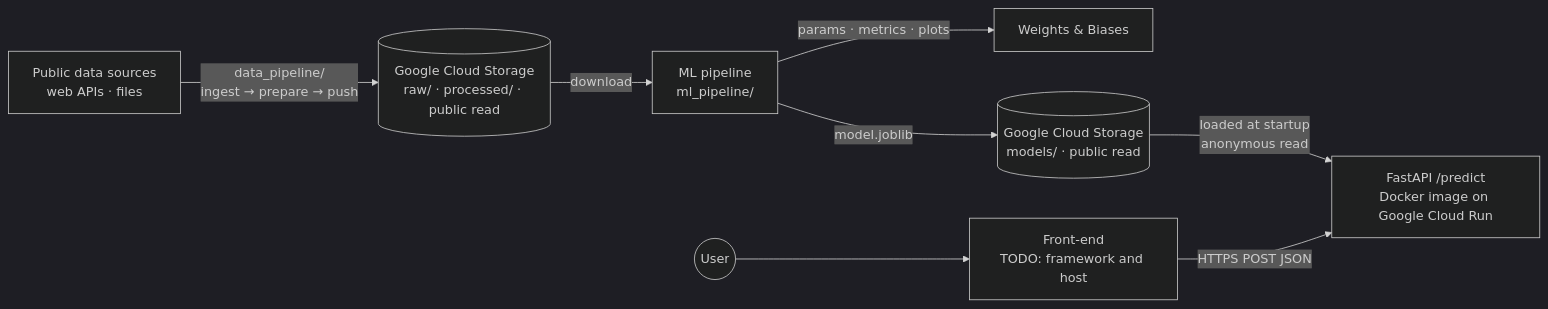
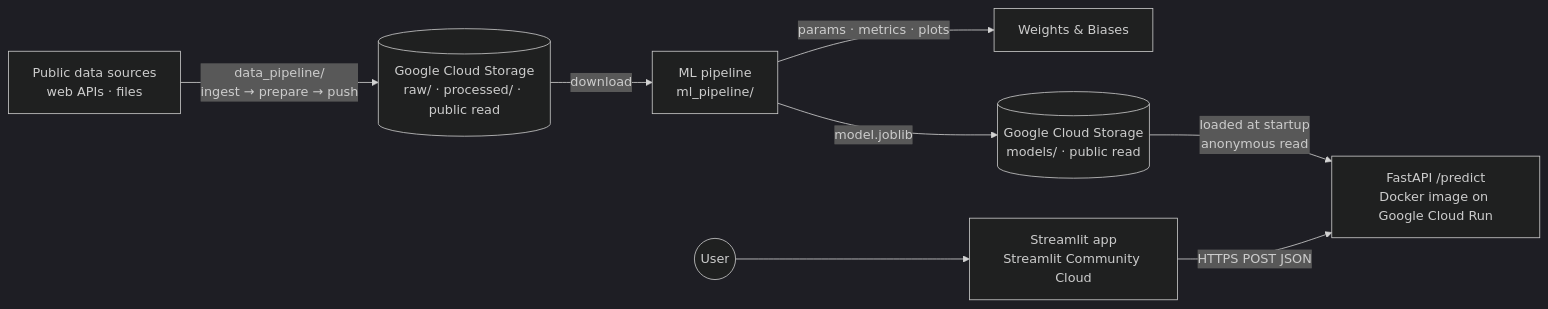
One commit to haydn-s/climate-impact-pipeline changed the diagram in README.md. Above: the diagram before and after it, drawn with Mermaid (dark theme). The commit also changed other lines of this file and 1 other file, not shown here.

First line of the commit message:
docs: link the live Streamlit app

````diff
--- a/README.md
+++ b/README.md
@@ -85,10 +84,10 @@
 ```mermaid
 flowchart LR
     SRC[Public data sources<br/>web APIs · files] -->|data_pipeline/<br/>ingest → prepare → push| STORED[(Google Cloud Storage<br/>raw/ · processed/ · public read)]
     STORED -->|download| TRAIN[ML pipeline<br/>ml_pipeline/]
     TRAIN -->|params · metrics · plots| WB[Weights & Biases]
     TRAIN -->|model.joblib| STOREM[(Google Cloud Storage<br/>models/ · public read)]
     STOREM -->|loaded at startup<br/>anonymous read| API[FastAPI /predict<br/>Docker image on Google Cloud Run]
-    UI[Front-end<br/>TODO: framework and host] -->|HTTPS POST JSON| API
+    UI[Streamlit app<br/>Streamlit Community Cloud] -->|HTTPS POST JSON| API
     USER((User)) --> UI
 ```
````
